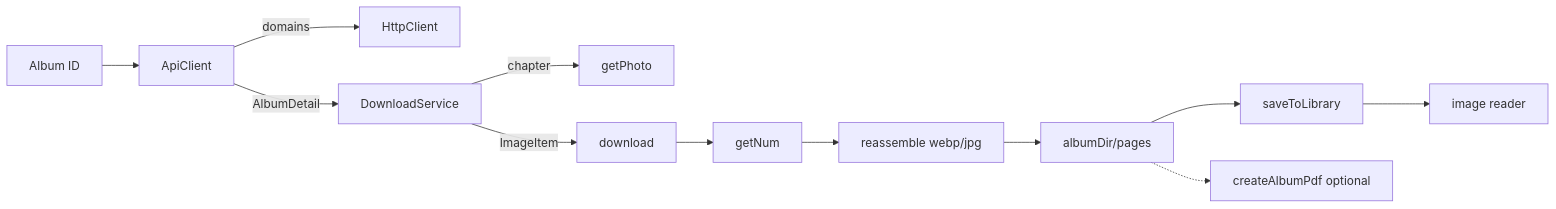
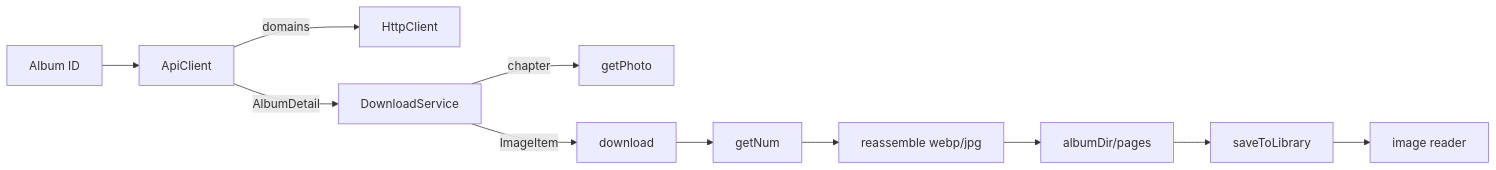
One commit to aDarkMaker/JMFM changed the second of 2 diagrams in docs/architecture/overview.md. Above: the diagram before and after it, drawn with Mermaid. The commit also changed other lines of this file and 27 other files, not shown here.

Commit message:
docs: renovate architecture and development guides

````diff
--- a/docs/architecture/overview.md
+++ b/docs/architecture/overview.md
@@ -78,14 +77,13 @@
 ```mermaid
 flowchart LR
     id[Album ID] --> api2[ApiClient]
     api2 -->|domains| http[HttpClient]
     api2 -->|AlbumDetail| svc[DownloadService]
     svc -->|chapter| ph[getPhoto]
     svc -->|ImageItem| img[download]
     img --> num[getNum]
     num --> dec[reassemble webp/jpg]
     dec --> pages[albumDir/pages]
     pages --> lib[saveToLibrary]
     lib --> read[image reader]
-    pages -.-> pdf2[createAlbumPdf optional]
 ```
````
